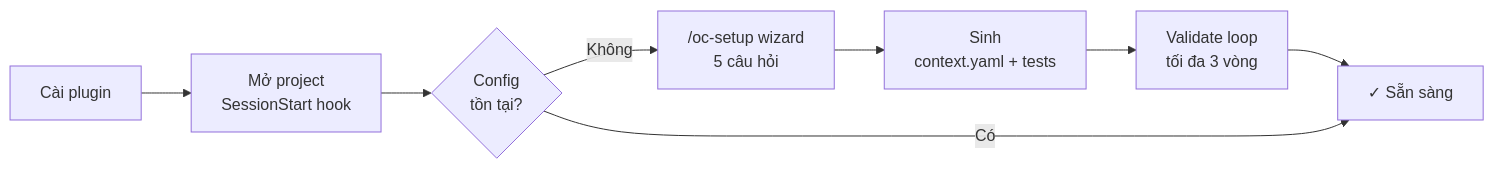
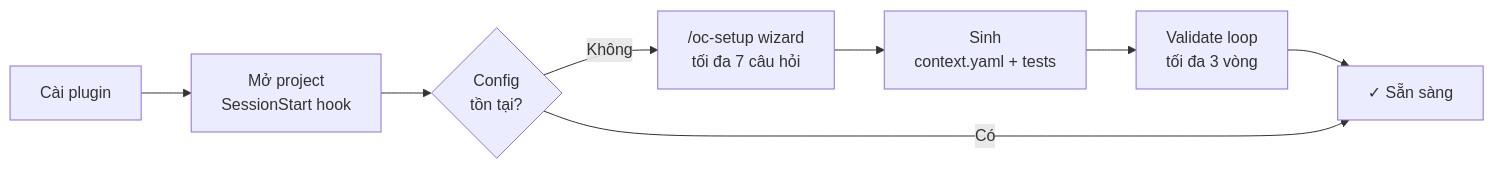
One commit to oopsla5xx/open-context changed the first of 2 diagrams in README.vi.md. Above: the diagram before and after it, drawn with Mermaid. The commit also changed other lines of this file and 1 other file, not shown here.

````diff
--- a/README.vi.md
+++ b/README.vi.md
@@ -116,10 +127,10 @@
 ```mermaid
 flowchart LR
     A[Cài plugin] --> B[Mở project\nSessionStart hook]
     B --> C{Config\ntồn tại?}
-    C -->|Không| D["/oc-setup wizard\n5 câu hỏi"]
+    C -->|Không| D["/oc-setup wizard\ntối đa 7 câu hỏi"]
     D --> E[Sinh\ncontext.yaml + tests]
     E --> F[Validate loop\ntối đa 3 vòng]
     F --> G["✓ Sẵn sàng"]
     C -->|Có| G
 ```
````
